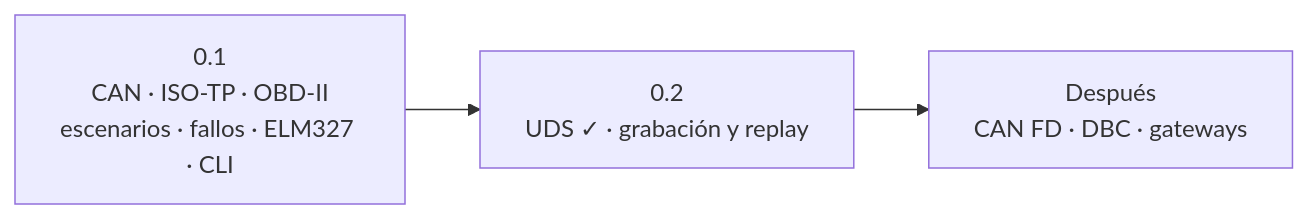
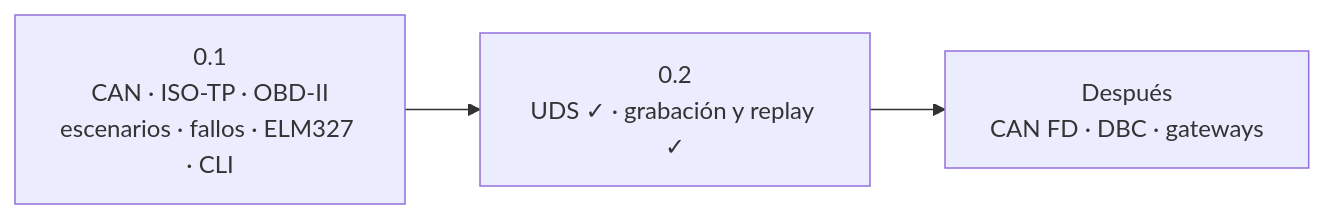
One commit to rodar-cl/ecusdk changed the second of 2 diagrams in README.md. Above: the diagram before and after it, drawn with Mermaid. The commit also changed other lines of this file and 10 other files, not shown here.

````diff
--- a/README.md
+++ b/README.md
@@ -210,4 +211,4 @@
 ```mermaid
 flowchart LR
-    NOW[0.1<br/>CAN · ISO-TP · OBD-II<br/>escenarios · fallos · ELM327 · CLI] --> NEXT[0.2<br/>UDS ✓ · grabación y replay] --> LATER[Después<br/>CAN FD · DBC · gateways]
+    NOW[0.1<br/>CAN · ISO-TP · OBD-II<br/>escenarios · fallos · ELM327 · CLI] --> NEXT[0.2<br/>UDS ✓ · grabación y replay ✓] --> LATER[Después<br/>CAN FD · DBC · gateways]
 ```
````
